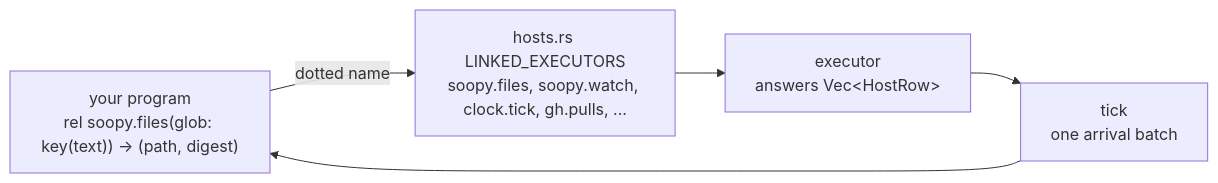
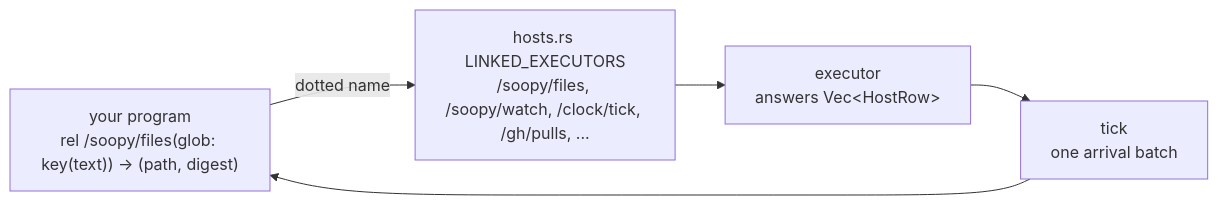
The second of 3 diagrams in plans/2026-08-21-one-name.PLAN.visual.human.unga.md (hafley66/sprefa), drawn with Mermaid before and after one commit. The commit also changed other lines of this file and 63 other files, not shown here.

````diff
--- a/plans/2026-08-21-one-name.PLAN.visual.human.unga.md
+++ b/plans/2026-08-21-one-name.PLAN.visual.human.unga.md
@@ -39,8 +39,8 @@
 ```mermaid
 flowchart LR
-  P2["your program<br/>rel soopy.files(glob: key(text)) -> (path, digest)"]
-  L2["hosts.rs LINKED_EXECUTORS<br/>soopy.files, soopy.watch, clock.tick, gh.pulls, ..."]
+  P2["your program<br/>rel /soopy/files(glob: key(text)) -> (path, digest)"]
+  L2["hosts.rs LINKED_EXECUTORS<br/>/soopy/files, /soopy/watch, /clock/tick, /gh/pulls, ..."]
   E2["executor<br/>answers Vec&lt;HostRow&gt;"]
   T["tick<br/>one arrival batch"]
   P2 -->|dotted name| L2 --> E2 --> T --> P2
 ```
````
